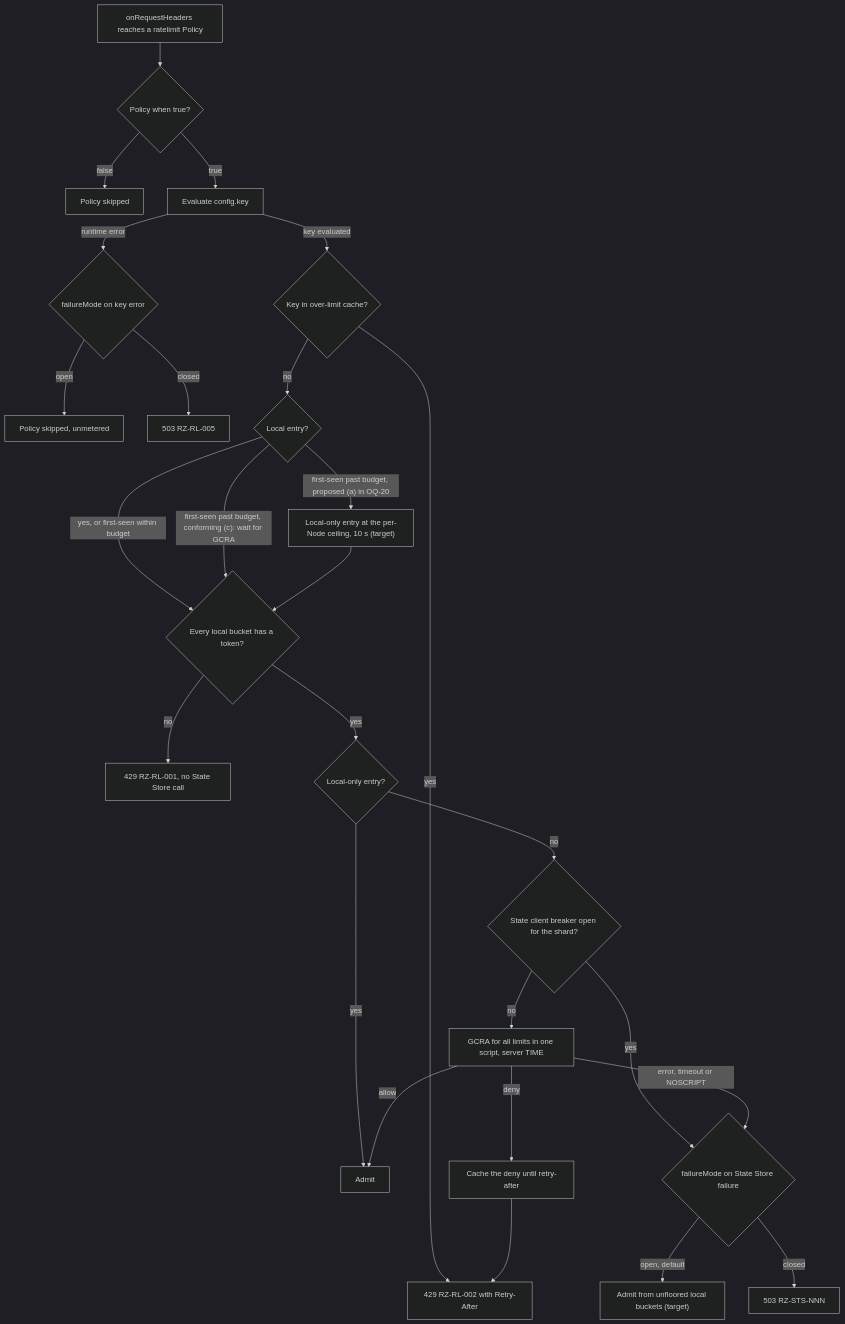
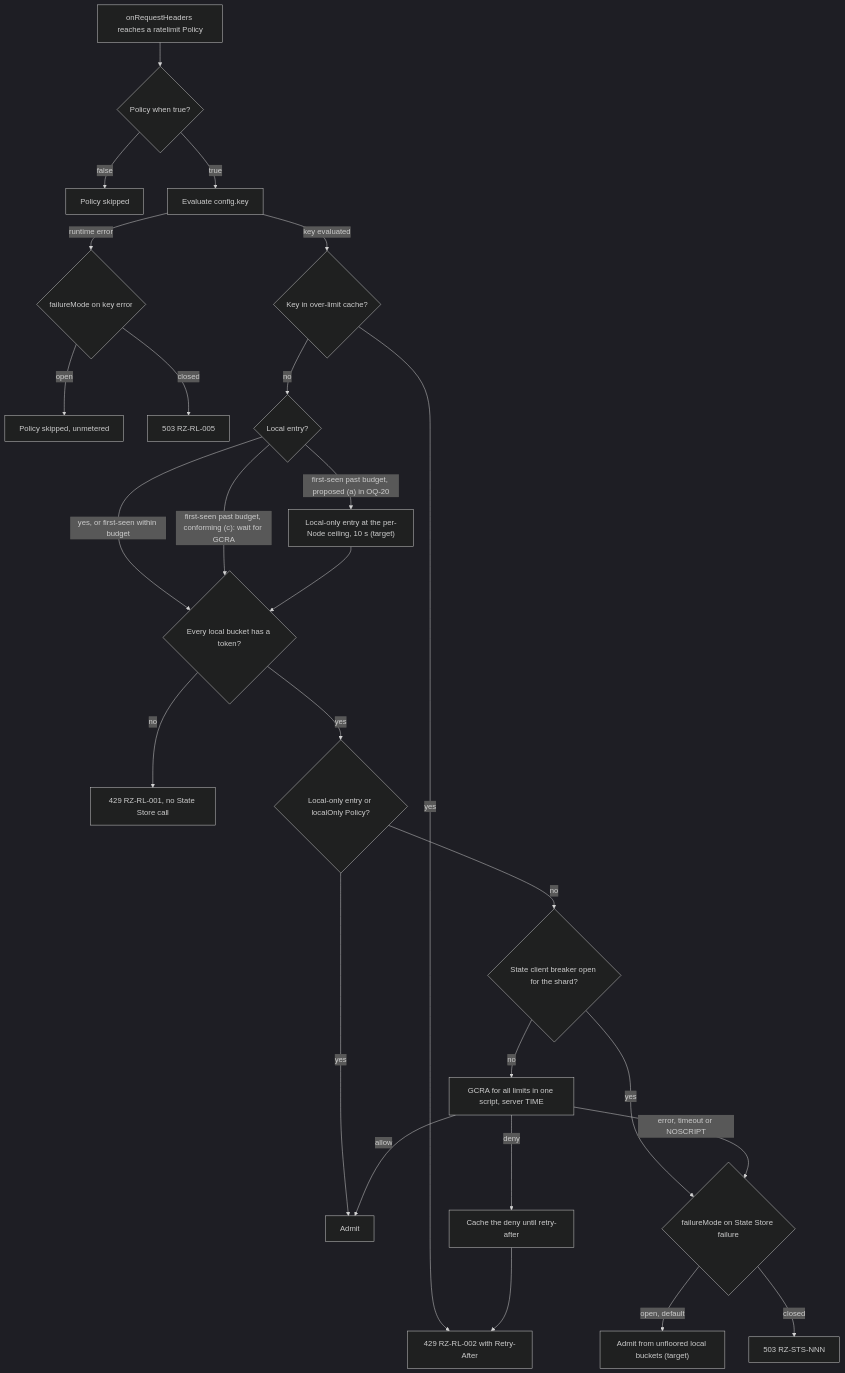
The third of 4 diagrams in docs/architecture/09-traffic-management-and-resilience.md (ravindu-rev/ruralz), drawn with Mermaid (dark theme) before and after one commit. The commit also changed other lines of this file and 22 other files, not shown here.

````diff
--- a/docs/architecture/09-traffic-management-and-resilience.md
+++ b/docs/architecture/09-traffic-management-and-resilience.md
@@ -231,28 +231,28 @@
 ```mermaid
 flowchart TD
     req["onRequestHeaders reaches a ratelimit Policy"] --> when{"Policy when true?"}
     when -- "false" --> skip["Policy skipped"]
     when -- "true" --> key["Evaluate config.key"]
     key -- "runtime error" --> kfm{"failureMode on key error"}
     kfm -- "open" --> kskip["Policy skipped, unmetered"]
     kfm -- "closed" --> r503k["503 RZ-RL-005"]
     key -- "key evaluated" --> olc{"Key in over-limit cache?"}
     olc -- "yes" --> deny2["429 RZ-RL-002 with Retry-After"]
     olc -- "no" --> nk{"Local entry?"}
     nk -- "yes, or first-seen within budget" --> lb{"Every local bucket has a token?"}
     nk -- "first-seen past budget, conforming (c): wait for GCRA" --> lb
     nk -- "first-seen past budget, proposed (a) in OQ-20" --> local["Local-only entry at the per-Node ceiling, 10 s (target)"]
     local --> lb
     lb -- "no" --> deny1["429 RZ-RL-001, no State Store call"]
-    lb -- "yes" --> lo{"Local-only entry?"}
+    lb -- "yes" --> lo{"Local-only entry or localOnly Policy?"}
     lo -- "yes" --> ok["Admit"]
     lo -- "no" --> brk{"State client breaker open for the shard?"}
     brk -- "yes" --> fm{"failureMode on State Store failure"}
     brk -- "no" --> gcra["GCRA for all limits in one script, server TIME"]
     gcra -- "allow" --> ok
     gcra -- "deny" --> cache["Cache the deny until retry-after"]
     cache --> deny2
     gcra -- "error, timeout or NOSCRIPT" --> fm
     fm -- "open, default" --> admit["Admit from unfloored local buckets (target)"]
     fm -- "closed" --> r503["503 RZ-STS-NNN"]
 ```
````
